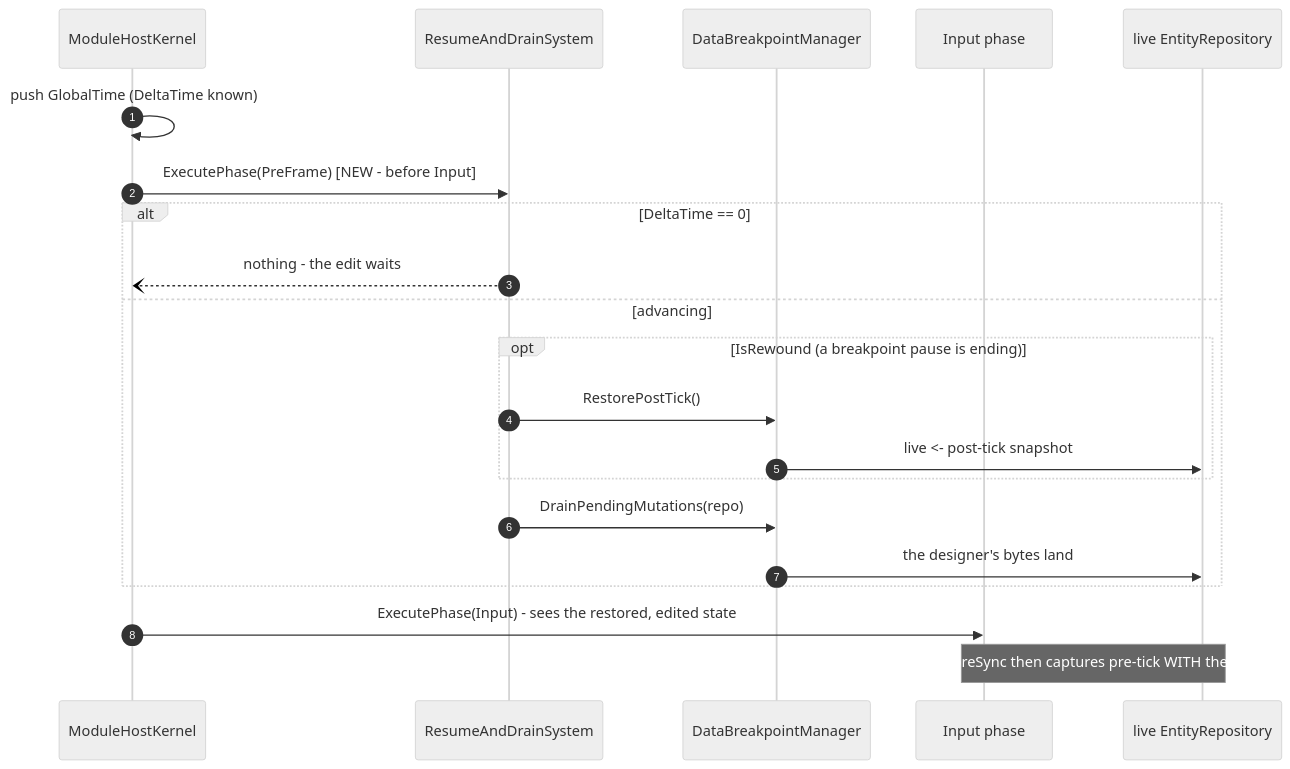
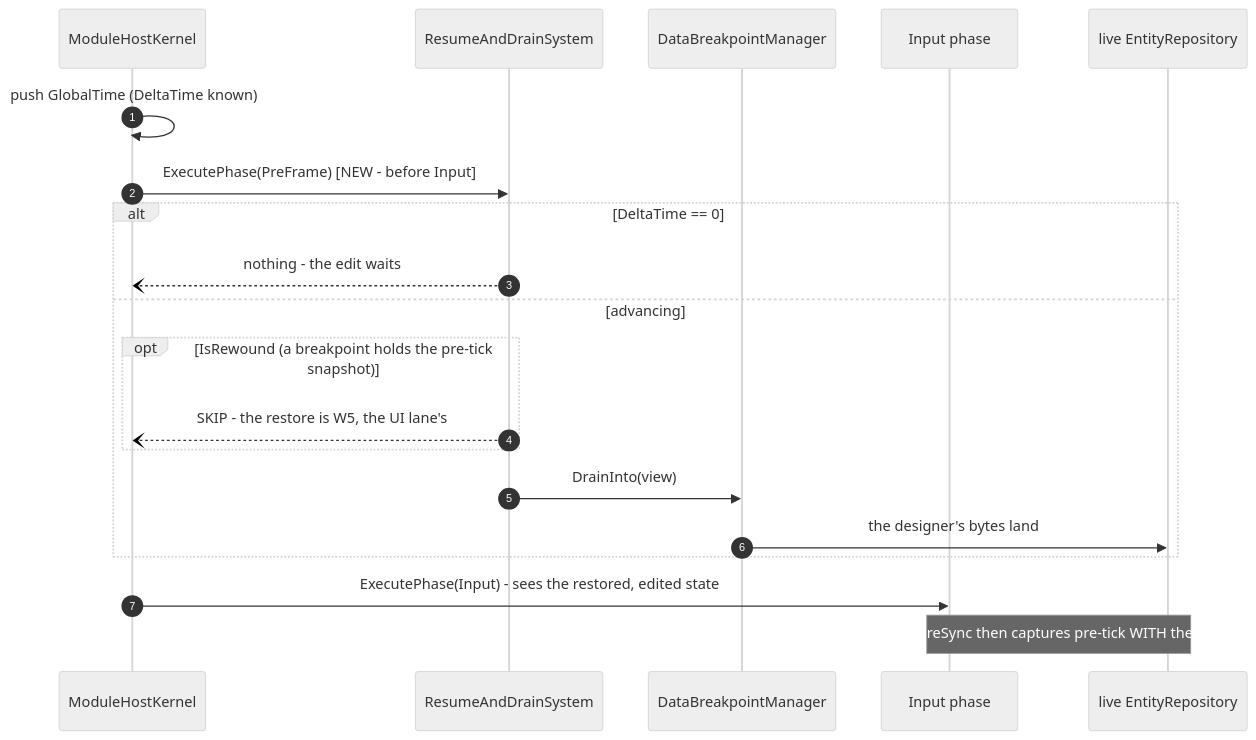
One commit to pjanec/HROT changed diagram 12 of 14 in docs/blueprints/DESIGN_Time_Architecture.md. Above: the diagram before and after it, drawn with Mermaid (neutral theme). The commit also changed other lines of this file and 3 other files, not shown here.

````diff
--- a/docs/blueprints/DESIGN_Time_Architecture.md
+++ b/docs/blueprints/DESIGN_Time_Architecture.md
@@ -774,24 +781,23 @@
 ```mermaid
 sequenceDiagram
     autonumber
     participant K as ModuleHostKernel
     participant D as ResumeAndDrainSystem
     participant Q as DataBreakpointManager
     participant I as Input phase
     participant R as live EntityRepository
 
     K->>K: push GlobalTime (DeltaTime known)
     K->>D: ExecutePhase(PreFrame)  [NEW - before Input]
     alt DeltaTime == 0
         D--)K: nothing - the edit waits
     else advancing
-        opt IsRewound (a breakpoint pause is ending)
-            D->>Q: RestorePostTick()
-            Q->>R: live <- post-tick snapshot
+        opt IsRewound (a breakpoint holds the pre-tick snapshot)
+            D--)K: SKIP - the restore is W5, the UI lane's
         end
-        D->>Q: DrainPendingMutations(repo)
+        D->>Q: DrainInto(view)
         Q->>R: the designer's bytes land
     end
     K->>I: ExecutePhase(Input) - sees the restored, edited state
     Note over I,R: BeforeSync then captures pre-tick WITH the edit
 ```
````
